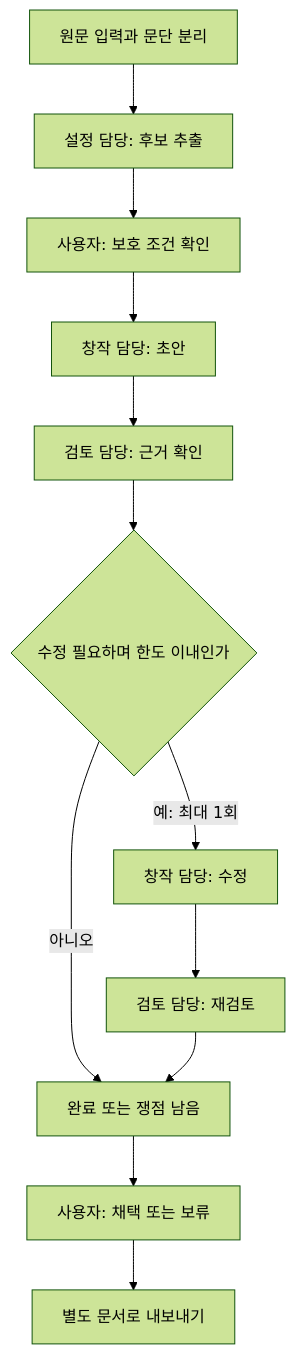
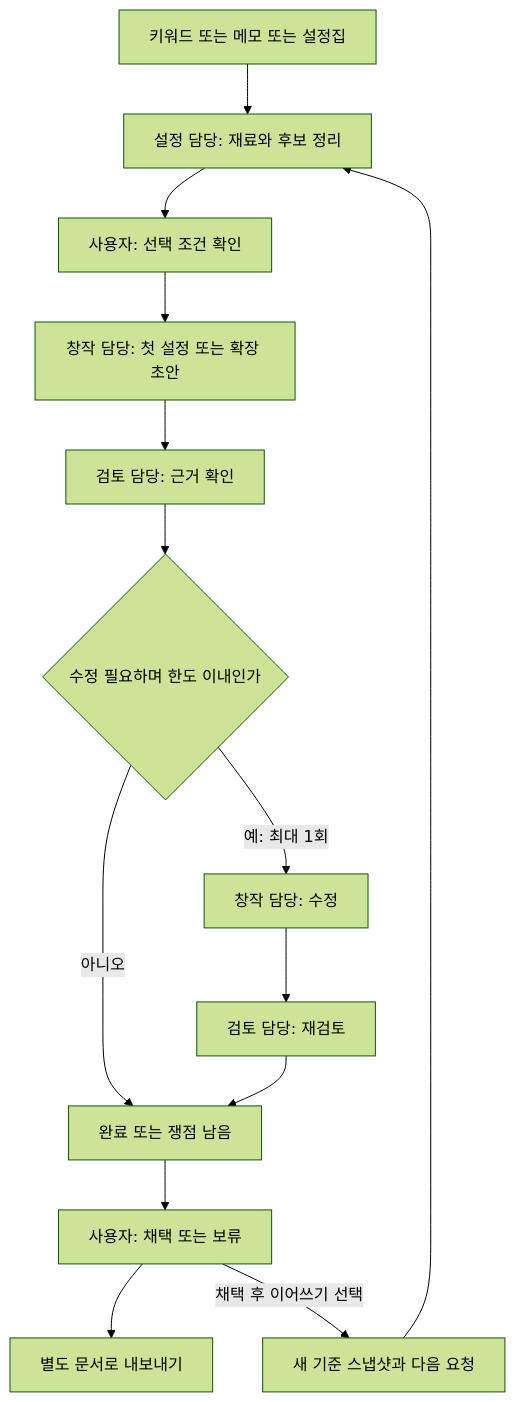
The diagram in docs/PROJECT_PLAN.md (OMGimin/loreforge), drawn with Mermaid (forest theme) before and after one commit. The commit also changed other lines of this file and 4 other files, not shown here.

````diff
--- a/docs/PROJECT_PLAN.md
+++ b/docs/PROJECT_PLAN.md
@@ -98,14 +112,16 @@
 ```mermaid
 flowchart TD
-    A[원문 입력과 문단 분리] --> B[설정 담당: 후보 추출]
-    B --> C[사용자: 보호 조건 확인]
-    C --> D[창작 담당: 초안]
+    A[키워드 또는 메모 또는 설정집] --> B[설정 담당: 재료와 후보 정리]
+    B --> C[사용자: 선택 조건 확인]
+    C --> D[창작 담당: 첫 설정 또는 확장 초안]
     D --> E[검토 담당: 근거 확인]
     E --> F{수정 필요하며 한도 이내인가}
     F -->|예: 최대 1회| G[창작 담당: 수정]
     G --> H[검토 담당: 재검토]
     F -->|아니오| I[완료 또는 쟁점 남음]
     H --> I
     I --> J[사용자: 채택 또는 보류]
     J --> K[별도 문서로 내보내기]
+    J -->|채택 후 이어쓰기 선택| L[새 기준 스냅샷과 다음 요청]
+    L --> B
 ```
````
